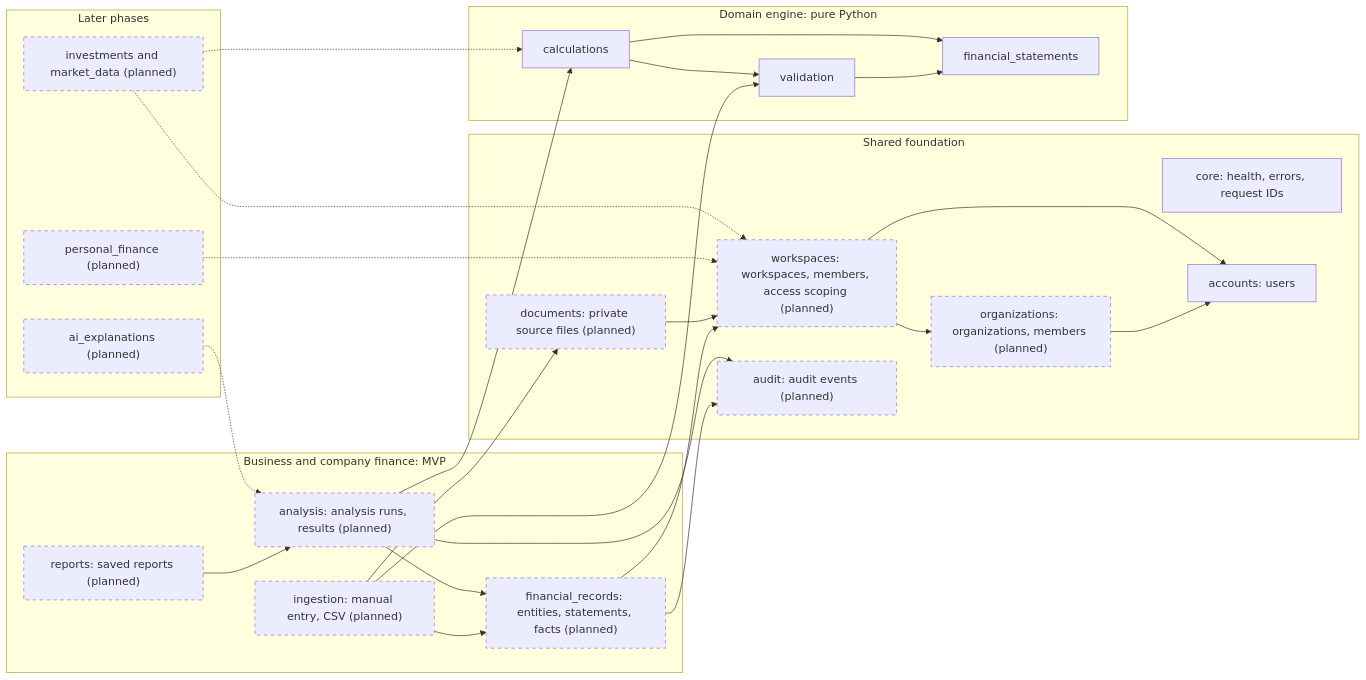
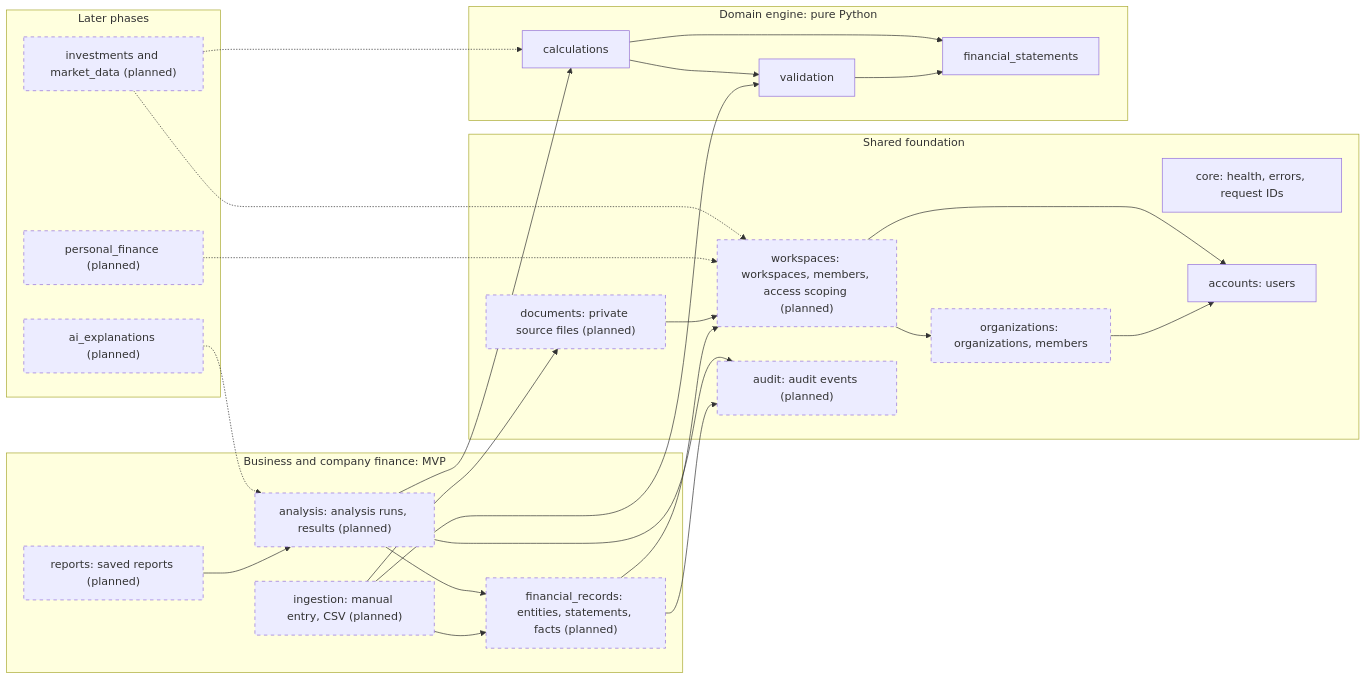
Before and after one commit to Kiritiaajd/Finlume: the diagram in docs/architecture/DOMAIN_BOUNDARIES.md, drawn with Mermaid. The commit also changed other lines of this file and 19 other files, not shown here.

````diff
--- a/docs/architecture/DOMAIN_BOUNDARIES.md
+++ b/docs/architecture/DOMAIN_BOUNDARIES.md
@@ -46,54 +46,54 @@
 ```mermaid
 flowchart LR
     subgraph shared["Shared foundation"]
         core["core: health, errors, request IDs"]
         accounts["accounts: users"]
-        orgs["organizations: organizations, members (planned)"]
+        orgs["organizations: organizations, members"]
         workspaces["workspaces: workspaces, members, access scoping (planned)"]
         audit["audit: audit events (planned)"]
         documents["documents: private source files (planned)"]
     end
 
     subgraph business["Business and company finance: MVP"]
         records["financial_records: entities, statements, facts (planned)"]
         ingestion["ingestion: manual entry, CSV (planned)"]
         analysis["analysis: analysis runs, results (planned)"]
         reports["reports: saved reports (planned)"]
     end
 
     subgraph future["Later phases"]
         personal["personal_finance (planned)"]
         investments["investments and market_data (planned)"]
         ai["ai_explanations (planned)"]
     end
 
     subgraph engine["Domain engine: pure Python"]
         fs["financial_statements"]
         validation["validation"]
         calculations["calculations"]
     end
 
     orgs --> accounts
     workspaces --> orgs
     workspaces --> accounts
     records --> workspaces
     documents --> workspaces
     ingestion --> records
     ingestion --> documents
     ingestion --> validation
     analysis --> records
     analysis --> calculations
     reports --> analysis
     records --> audit
     analysis --> audit
     validation --> fs
     calculations --> validation
     calculations --> fs
     personal -.-> workspaces
     investments -.-> workspaces
     investments -.-> calculations
     ai -.-> analysis
 
     classDef planned stroke-dasharray: 5 5
     class orgs,workspaces,audit,documents,records,ingestion,analysis,reports,personal,investments,ai planned
 ```
````
